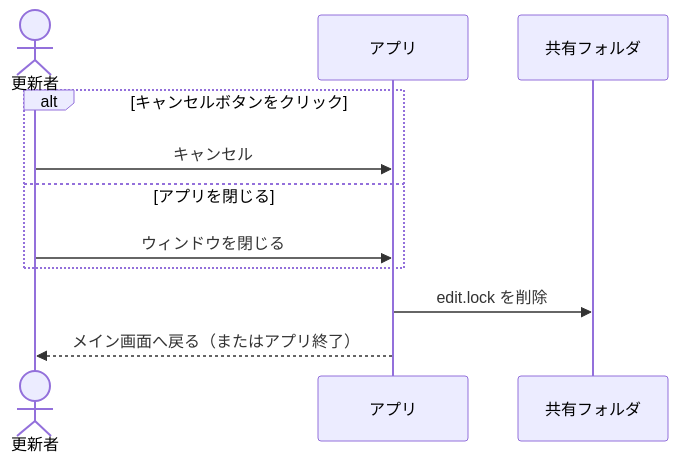
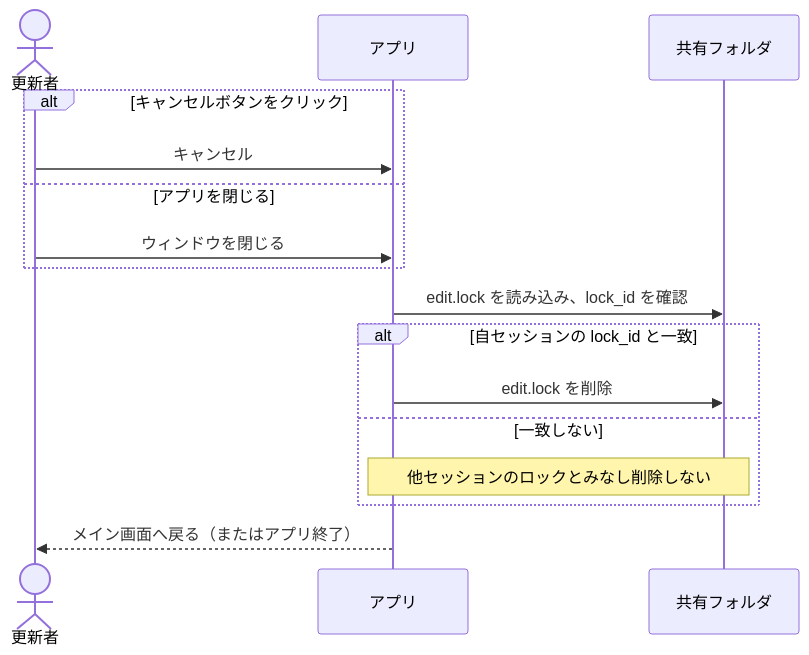
One commit to garyohosu/koudouhyo changed the fourth of 8 diagrams in SEQUENCE.md. Above: the diagram before and after it, drawn with Mermaid. The commit also changed other lines of this file and 3 other files, not shown here.

Commit message:
docs: refine locking and transaction flows

````diff
--- a/SEQUENCE.md
+++ b/SEQUENCE.md
@@ -110,15 +121,20 @@
 ```mermaid
 sequenceDiagram
     actor User as 更新者
     participant App as アプリ
     participant FS as 共有フォルダ
 
     alt キャンセルボタンをクリック
         User->>App: キャンセル
     else アプリを閉じる
         User->>App: ウィンドウを閉じる
     end
 
-    App->>FS: edit.lock を削除
+    App->>FS: edit.lock を読み込み、lock_id を確認
+    alt 自セッションの lock_id と一致
+        App->>FS: edit.lock を削除
+    else 一致しない
+        Note over App,FS: 他セッションのロックとみなし削除しない
+    end
     App-->>User: メイン画面へ戻る（またはアプリ終了）
 ```
````
